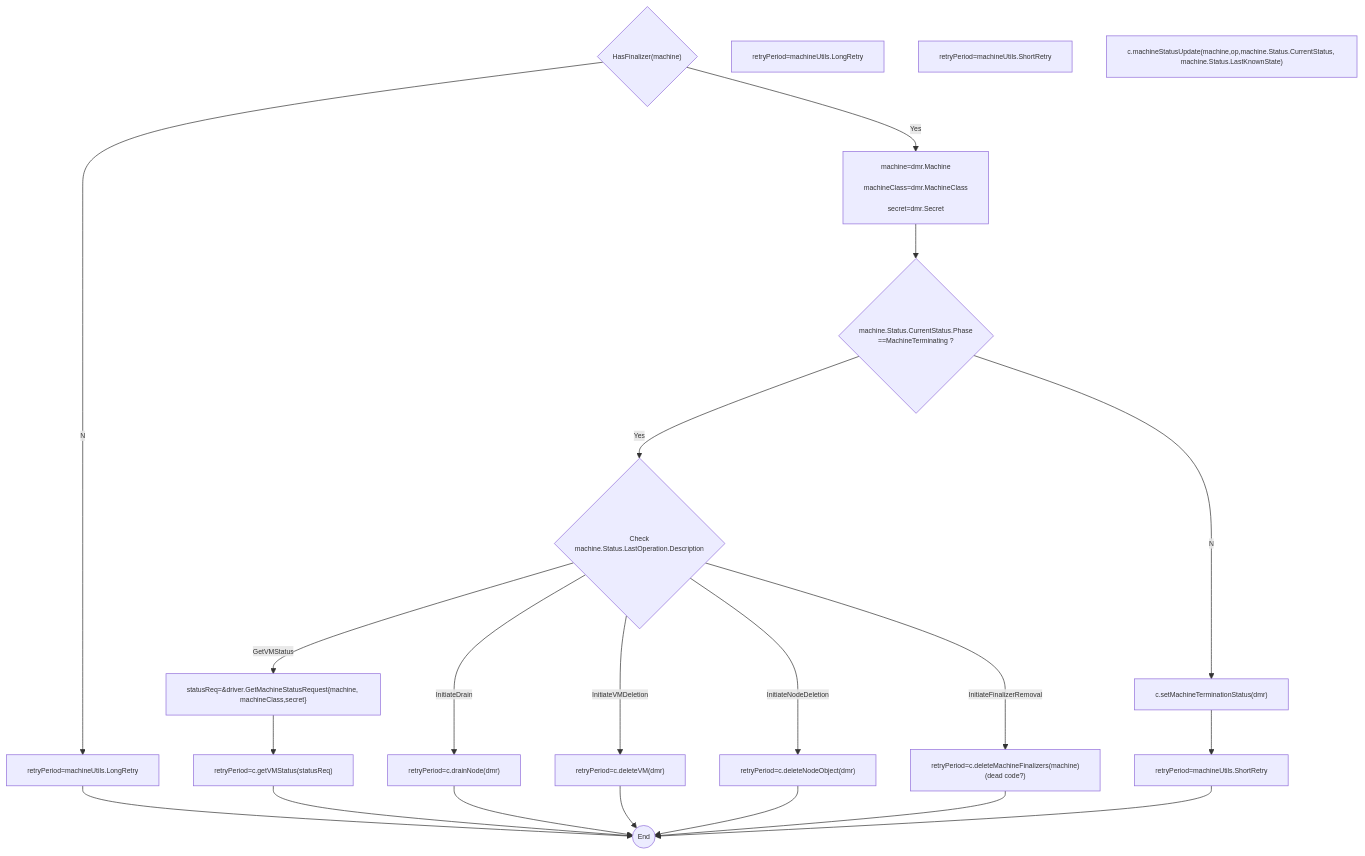
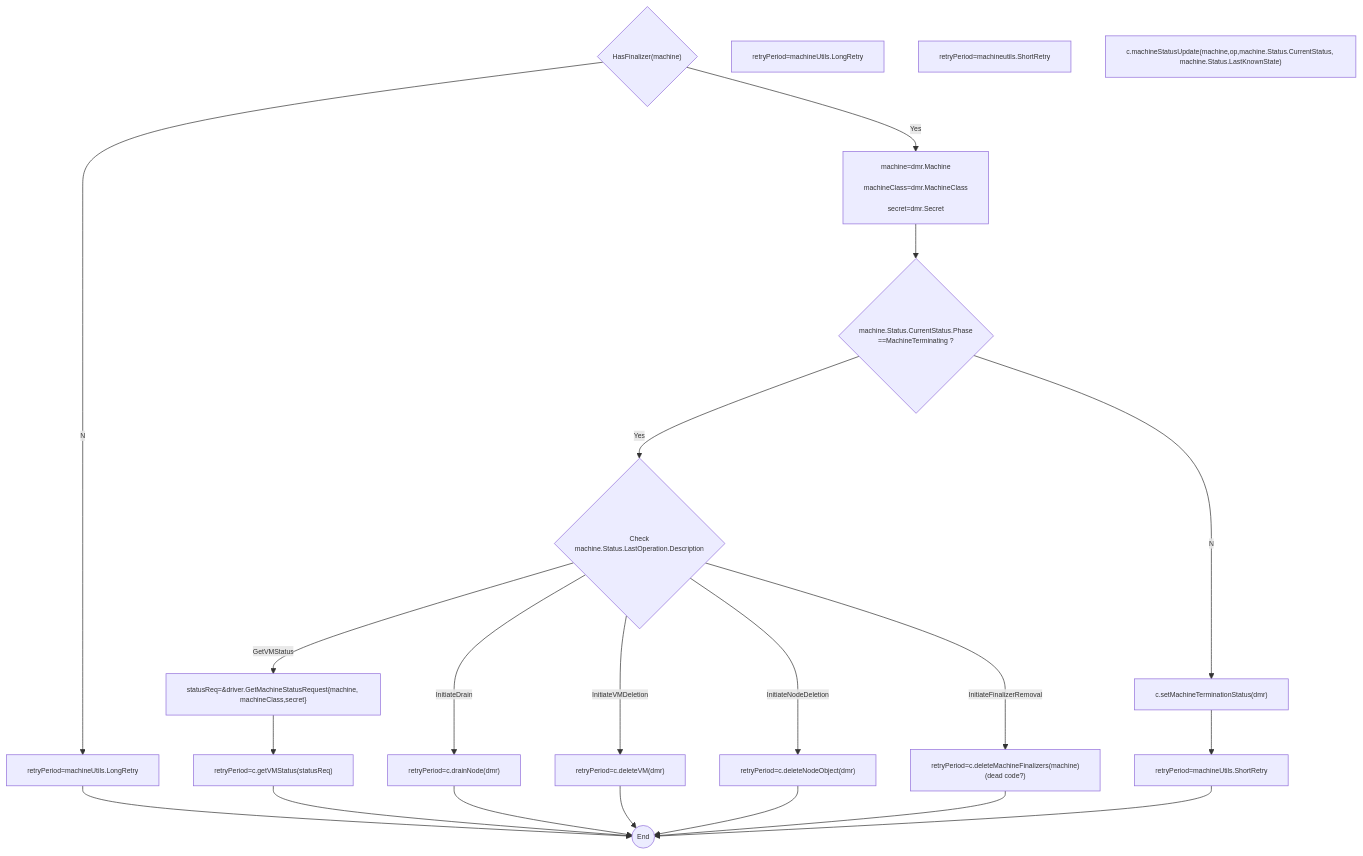
One commit to elankath/mcmdesign changed the second of 3 diagrams in src/cluster_machine_reconcile.md. Above: the diagram before and after it, drawn with Mermaid. The commit also changed other lines of this file, not shown here.

Commit message:
wip: reconcile cluster machine

````diff
--- a/src/cluster_machine_reconcile.md
+++ b/src/cluster_machine_reconcile.md
@@ -74,52 +74,52 @@
 ```mermaid
 %%{init: {'themeVariables': { 'fontSize': '10px'}, "flowchart": {"useMaxWidth": false }}}%%
 flowchart TD
 
 GM["machine=dmr.Machine\n
 machineClass=dmr.MachineClass\n
 secret=dmr.Secret"]
 HasFin{"HasFinalizer(machine)"}
 LongR["retryPeriod=machineUtils.LongRetry"]
 LongR1["retryPeriod=machineUtils.LongRetry"]
 ShortR["retryPeriod=machineUtils.ShortRetry"]
 ChkMachineTerm{"machine.Status.CurrentStatus.Phase\n==MachineTerminating ?"}
 CheckMachineOperation{"Check\nmachine.Status.LastOperation.Description"}
 DrainNode["retryPeriod=c.drainNode(dmr)"]
 DeleteVM["retryPeriod=c.deleteVM(dmr)"]
 DeleteNode["retryPeriod=c.deleteNodeObject(dmr)"]
 DeleteMachineFin["retryPeriod=c.deleteMachineFinalizers(machine)\n(dead code?)"]
 SetMachineTermStatus["c.setMachineTerminationStatus(dmr)"]
 
 CreateMachineStatusRequest["statusReq=&driver.GetMachineStatusRequest{machine, machineClass,secret}"]
 GetVMStatus["retryPeriod=c.getVMStatus(statusReq)"]
 
 
 
-ShortR1["retryPeriod=machineUtils.ShortRetry"]
+ShortR1["retryPeriod=machineutils.ShortRetry"]
 MachineStatusUpdate["c.machineStatusUpdate(machine,op,machine.Status.CurrentStatus, machine.Status.LastKnownState)"]
 
 Z(("End"))
 
 HasFin--Yes-->GM
 HasFin--No-->LongR
 LongR-->Z
 GM-->ChkMachineTerm
 ChkMachineTerm--No-->SetMachineTermStatus
 ChkMachineTerm--Yes-->CheckMachineOperation
 SetMachineTermStatus-->ShortR
 CheckMachineOperation--GetVMStatus-->CreateMachineStatusRequest
 CheckMachineOperation--InitiateDrain-->DrainNode
 CheckMachineOperation--InitiateVMDeletion-->DeleteVM
 CheckMachineOperation--InitiateNodeDeletion-->DeleteNode
 CheckMachineOperation--InitiateFinalizerRemoval-->DeleteMachineFin
 CreateMachineStatusRequest-->GetVMStatus
 GetVMStatus-->Z
 
 
 DrainNode-->Z
 DeleteVM-->Z
 DeleteNode-->Z
 DeleteMachineFin-->Z
 ShortR-->Z
 
 ```
````
